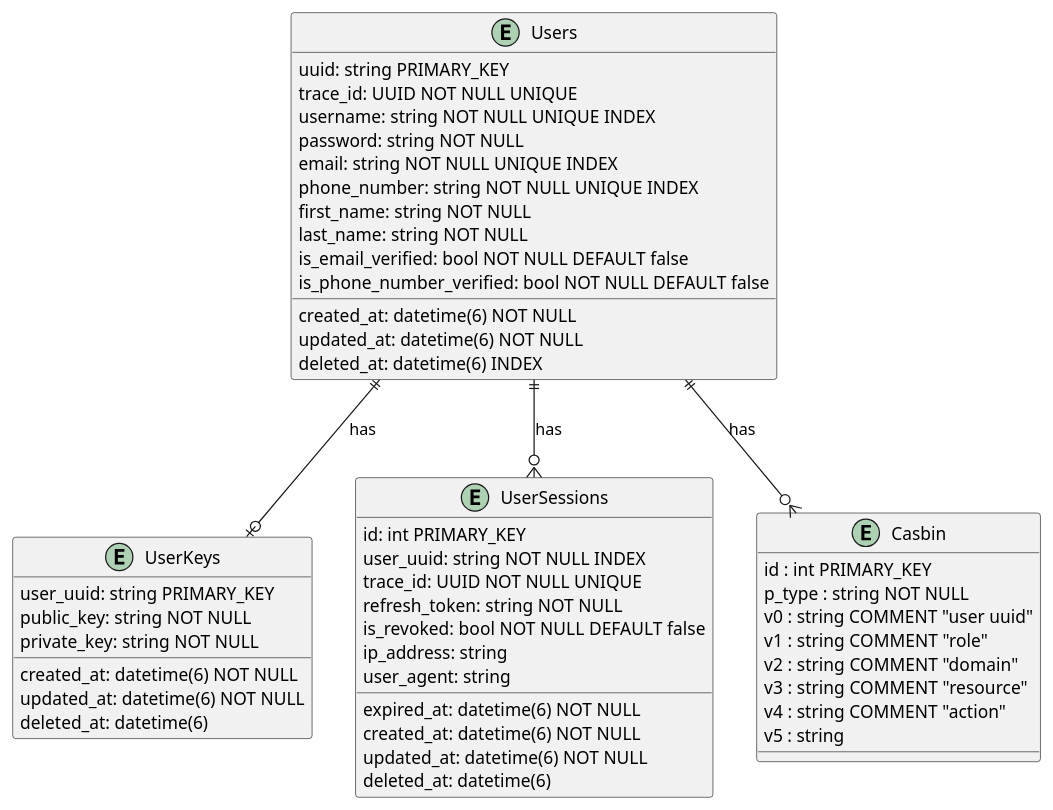
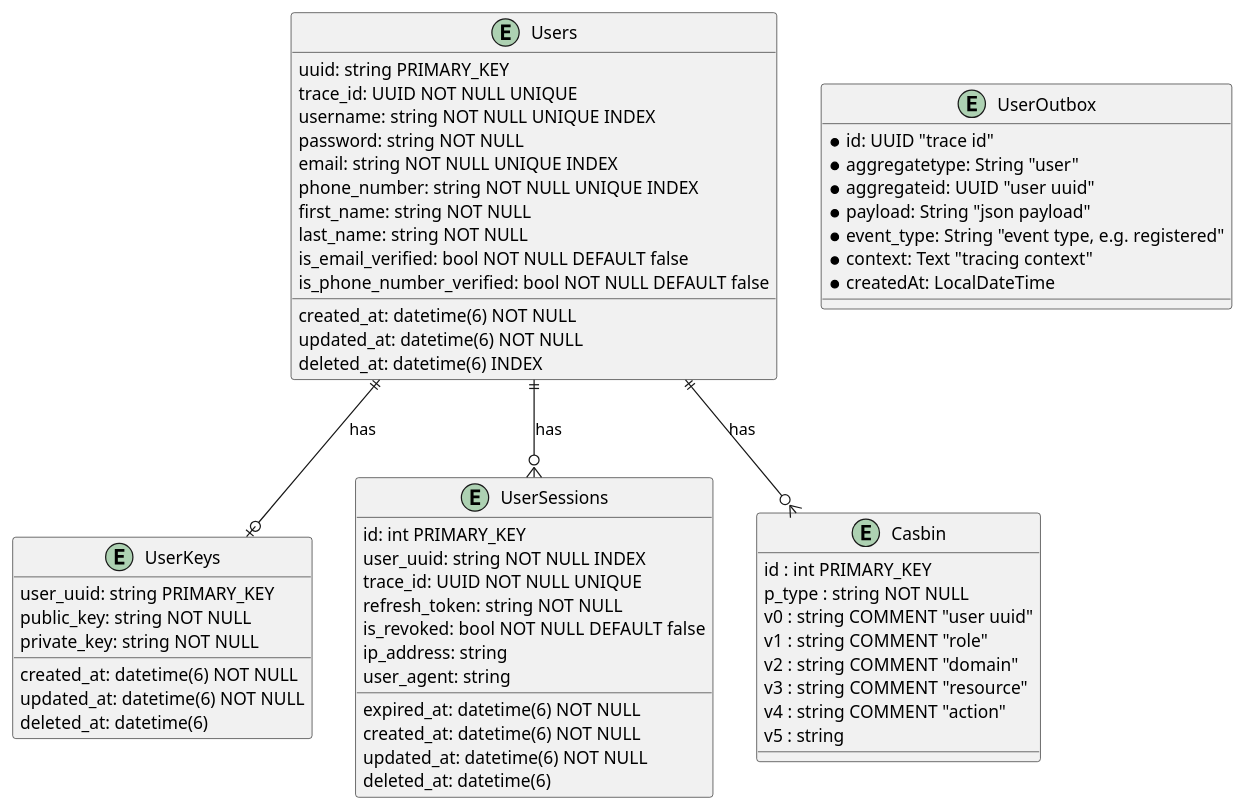
The diagram in docs/design/erd/user-service-erd.puml (harmonify/movie-reservation-system), drawn with PlantUML before and after one commit. The commit also changed 12 other files, not shown here.

```diff
--- a/docs/design/erd/user-service-erd.puml
+++ b/docs/design/erd/user-service-erd.puml
@@ -1,57 +1,67 @@
 @startuml user-service-erd
 
 entity Users {
     uuid: string PRIMARY_KEY
     trace_id: UUID NOT NULL UNIQUE
     username: string NOT NULL UNIQUE INDEX
     password: string NOT NULL
     email: string NOT NULL UNIQUE INDEX
     phone_number: string NOT NULL UNIQUE INDEX
     first_name: string NOT NULL
     last_name: string NOT NULL
     is_email_verified: bool NOT NULL DEFAULT false
     is_phone_number_verified: bool NOT NULL DEFAULT false
     created_at: datetime(6) NOT NULL
     updated_at: datetime(6) NOT NULL
     deleted_at: datetime(6) INDEX
 }
 
 entity UserKeys {
     user_uuid: string PRIMARY_KEY
     public_key: string NOT NULL
     private_key: string NOT NULL
     created_at: datetime(6) NOT NULL
     updated_at: datetime(6) NOT NULL
     deleted_at: datetime(6)
 }
 
 entity UserSessions {
     id: int PRIMARY_KEY
     user_uuid: string NOT NULL INDEX
     trace_id: UUID NOT NULL UNIQUE
     refresh_token: string NOT NULL
     is_revoked: bool NOT NULL DEFAULT false
     expired_at: datetime(6) NOT NULL
     ip_address: string
     user_agent: string
     created_at: datetime(6) NOT NULL
     updated_at: datetime(6) NOT NULL
     deleted_at: datetime(6)
 }
 
 entity Casbin {
     id : int PRIMARY_KEY
     p_type : string NOT NULL
     v0 : string COMMENT "user uuid"
     v1 : string COMMENT "role"
     v2 : string COMMENT "domain"
     v3 : string COMMENT "resource"
     v4 : string COMMENT "action"
     v5 : string
 }
 
+entity UserOutbox {
+    *id: UUID "trace id"
+    *aggregatetype: String "user"
+    *aggregateid: UUID "user uuid"
+    *payload: String "json payload"
+    *event_type: String "event type, e.g. registered"
+    *context: Text "tracing context"
+    *createdAt: LocalDateTime
+}
+
 Users ||--o| UserKeys : "has"
 Users ||--o{UserSessions : "has"
 Users ||--o{Casbin : "has"
 
 @enduml
```
